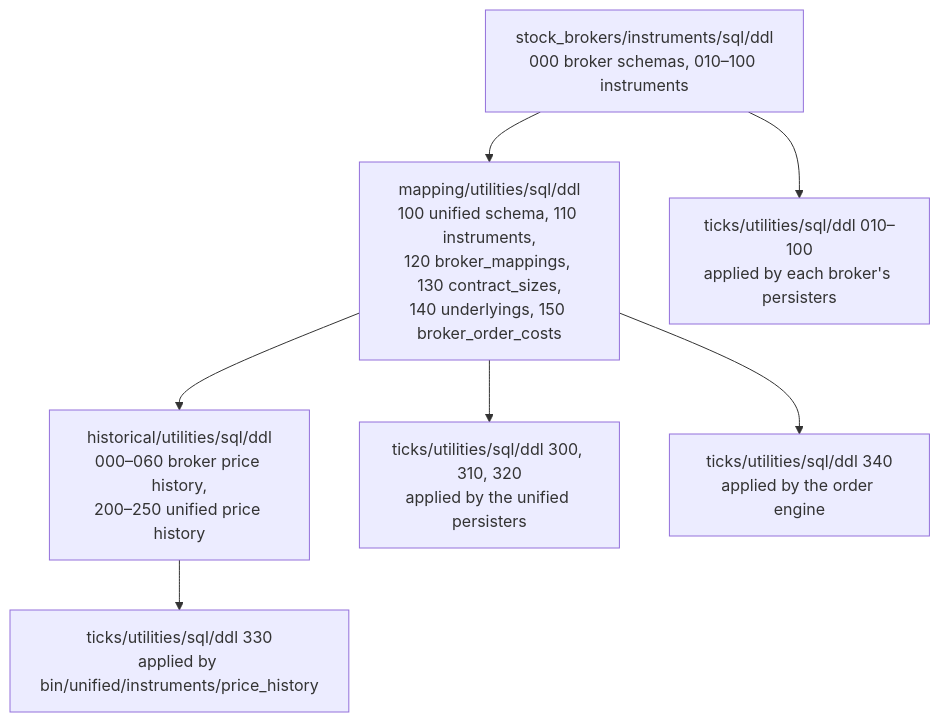
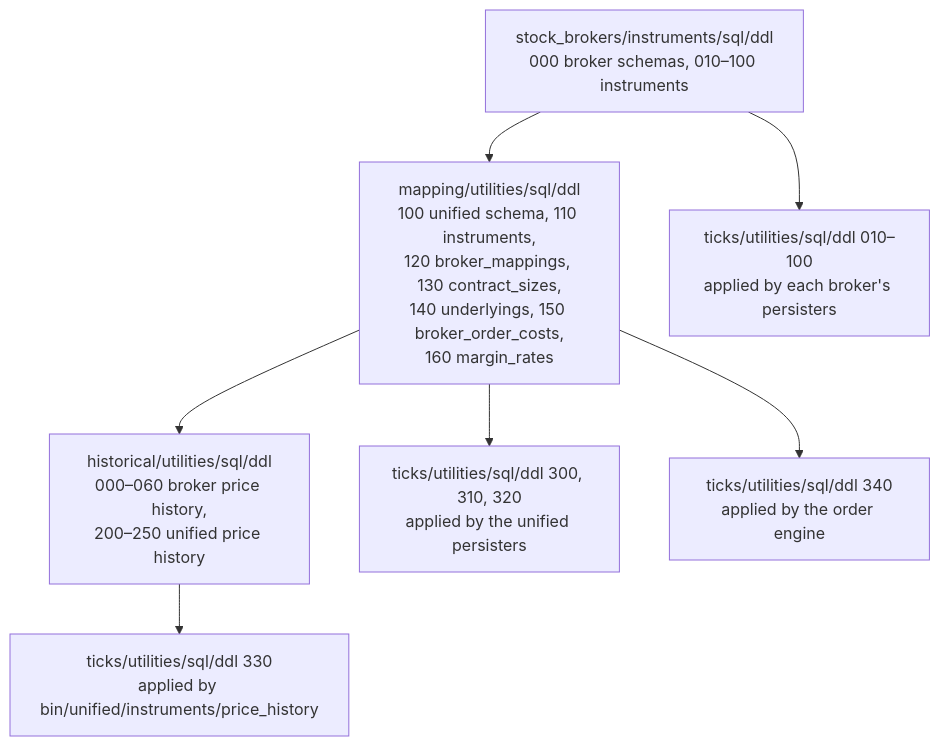
The third of 3 diagrams in docs/architecture/database.md (pramodathani/unified_broker_interface), drawn with Mermaid before and after one commit. The commit also changed other lines of this file and 4 other files, not shown here.

First line of the commit message:
Add margin columns to the broker cost table and a margin_rates table

````diff
--- a/docs/architecture/database.md
+++ b/docs/architecture/database.md
@@ -282,9 +284,9 @@
 ```mermaid
 flowchart TD
-    A["stock_brokers/instruments/sql/ddl<br/>000 broker schemas, 010–100 instruments"] --> B["mapping/utilities/sql/ddl<br/>100 unified schema, 110 instruments,<br/>120 broker_mappings, 130 contract_sizes,<br/>140 underlyings, 150 broker_order_costs"]
+    A["stock_brokers/instruments/sql/ddl<br/>000 broker schemas, 010–100 instruments"] --> B["mapping/utilities/sql/ddl<br/>100 unified schema, 110 instruments,<br/>120 broker_mappings, 130 contract_sizes,<br/>140 underlyings, 150 broker_order_costs,<br/>160 margin_rates"]
     B --> C["historical/utilities/sql/ddl<br/>000–060 broker price history,<br/>200–250 unified price history"]
     A --> D["ticks/utilities/sql/ddl 010–100<br/>applied by each broker's persisters"]
     B --> E["ticks/utilities/sql/ddl 300, 310, 320<br/>applied by the unified persisters"]
     C --> F["ticks/utilities/sql/ddl 330<br/>applied by bin/unified/instruments/price_history"]
     B --> G["ticks/utilities/sql/ddl 340<br/>applied by the order engine"]
 ```
````
